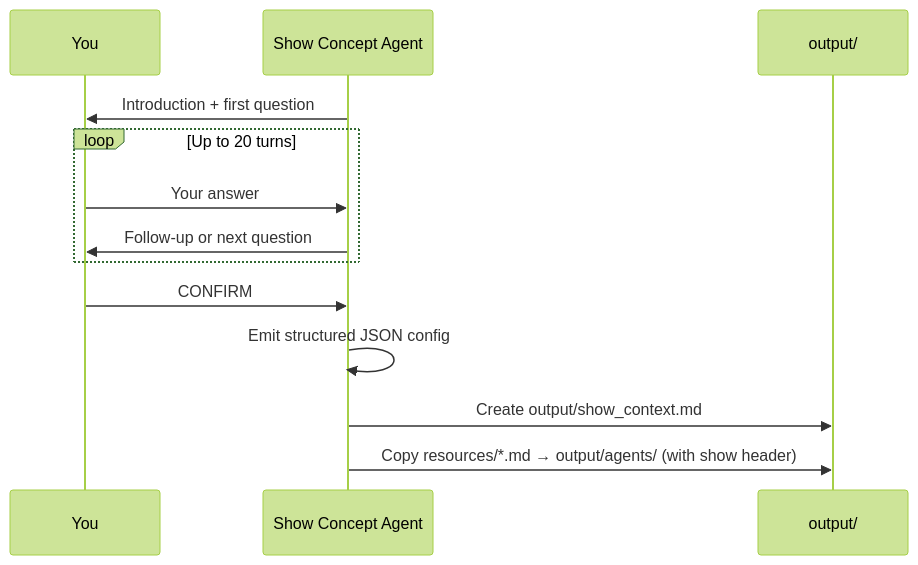
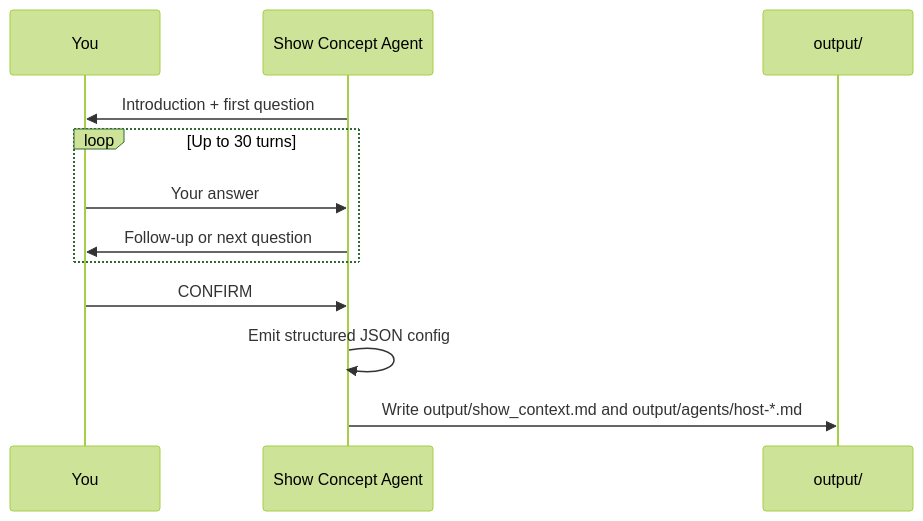
One commit to sarahlevins/ai-podcast-workshop changed the first of 2 diagrams in content/2-Developing_the_concept/readme.md. Above: the diagram before and after it, drawn with Mermaid (forest theme). The commit also changed other lines of this file and 98 other files, not shown here.

````diff
--- a/content/2-Developing_the_concept/readme.md
+++ b/content/2-Developing_the_concept/readme.md
@@ -54,16 +55,15 @@
 ```mermaid
 sequenceDiagram
     participant You
     participant Agent as Show Concept Agent
     participant Files as output/
 
     Agent->>You: Introduction + first question
-    loop Up to 20 turns
+    loop Up to 30 turns
         You->>Agent: Your answer
         Agent->>You: Follow-up or next question
     end
     You->>Agent: CONFIRM
     Agent->>Agent: Emit structured JSON config
-    Agent->>Files: Create output/show_context.md
-    Agent->>Files: Copy resources/*.md → output/agents/ (with show header)
+    Agent->>Files: Write output/show_context.md and output/agents/host-*.md
 ```
````
